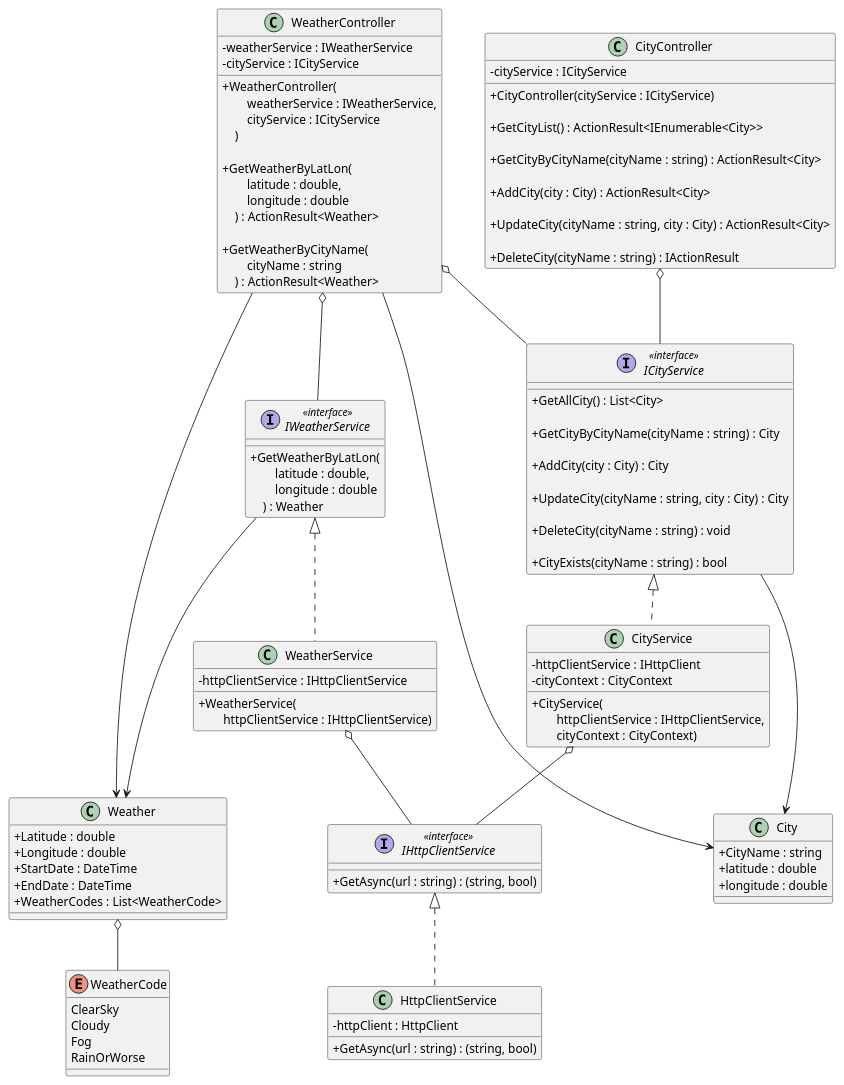
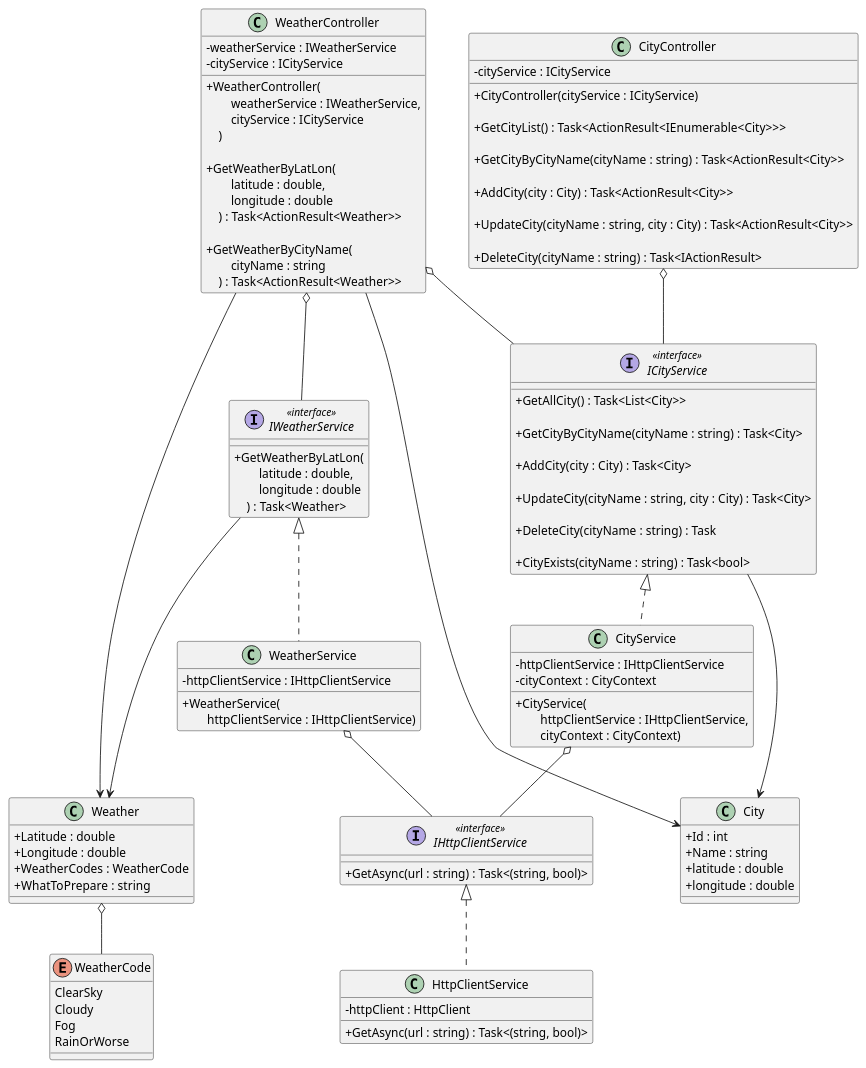
The diagram in diagrams/UML/WeatherAPI.puml (vkammili5/weather-api), drawn with PlantUML before and after one commit. The commit also changed 1 other file, not shown here.

Commit message:
UML: update Weather class for one day weathercode model, add Task as return type for async methods

```diff
--- a/diagrams/UML/WeatherAPI.puml
+++ b/diagrams/UML/WeatherAPI.puml
@@ -1,128 +1,128 @@
 @startuml "WeatherAPI"
 skinparam ClassAttributeIconSize 0
 
 class CityController {
     - cityService : ICityService
 
     + CityController(cityService : ICityService)
 
-    + GetCityList() : ActionResult<IEnumerable<City>>
+    + GetCityList() : Task<ActionResult<IEnumerable<City>>>
 
-    + GetCityByCityName(cityName : string) : ActionResult<City>
+    + GetCityByCityName(cityName : string) : Task<ActionResult<City>>
 
-    + AddCity(city : City) : ActionResult<City>
+    + AddCity(city : City) : Task<ActionResult<City>>
 
-    + UpdateCity(cityName : string, city : City) : ActionResult<City>
+    + UpdateCity(cityName : string, city : City) : Task<ActionResult<City>>
 
-    + DeleteCity(cityName : string) : IActionResult
+    + DeleteCity(cityName : string) : Task<IActionResult>
 }
 
 interface ICityService <<interface>> {
-    + GetAllCity() : List<City>
+    + GetAllCity() : Task<List<City>>
 
-    + GetCityByCityName(cityName : string) : City
+    + GetCityByCityName(cityName : string) : Task<City>
 
-    + AddCity(city : City) : City
+    + AddCity(city : City) : Task<City>
 
-    + UpdateCity(cityName : string, city : City) : City
+    + UpdateCity(cityName : string, city : City) : Task<City>
 
-    + DeleteCity(cityName : string) : void
+    + DeleteCity(cityName : string) : Task
 
-    + CityExists(cityName : string) : bool
+    + CityExists(cityName : string) : Task<bool>
 }
 
 class CityService {
-    - httpClientService : IHttpClient
+    - httpClientService : IHttpClientService
     - cityContext : CityContext
 
     + CityService(\n\
         httpClientService : IHttpClientService,\n\
         cityContext : CityContext)
 }
 
 class City {
-    + CityName : string
+    + Id : int
+    + Name : string
     + latitude : double
     + longitude : double
 }
 
 class WeatherController {
     - weatherService : IWeatherService
     - cityService : ICityService
 
     + WeatherController(\n\
         weatherService : IWeatherService,\n\
         cityService : ICityService\n\
     )
 
     + GetWeatherByLatLon(\n\
         latitude : double, \n\
         longitude : double\n\
-    ) : ActionResult<Weather>
+    ) : Task<ActionResult<Weather>>
 
     + GetWeatherByCityName(\n\
         cityName : string\n\
-    ) : ActionResult<Weather>
+    ) : Task<ActionResult<Weather>>
 }
 
 interface IWeatherService <<interface>> {
     + GetWeatherByLatLon(\n\
         latitude : double, \n\
         longitude : double\n\
-    ) : Weather
+    ) : Task<Weather>
 }
 
 class WeatherService {
     - httpClientService : IHttpClientService
 
     + WeatherService(\n\
         httpClientService : IHttpClientService)
 }
 
 class Weather {
     + Latitude : double
     + Longitude : double
-    + StartDate : DateTime
-    + EndDate : DateTime
-    + WeatherCodes : List<WeatherCode>
+    + WeatherCodes : WeatherCode
+    + WhatToPrepare : string
 }
 
 Enum WeatherCode {
     ClearSky
     Cloudy
     Fog
     RainOrWorse
 }
 
 interface IHttpClientService <<interface>> {
-    + GetAsync(url : string) : (string, bool)
+    + GetAsync(url : string) : Task<(string, bool)>
 }
 
 class HttpClientService {
     - httpClient : HttpClient
 	
-	+ GetAsync(url : string) : (string, bool)
+	+ GetAsync(url : string) : Task<(string, bool)>
 }
 
 CityController o-- ICityService
 
 ICityService <|.. CityService
 ICityService ---> City
 WeatherController ----> City
 
 WeatherController o-- IWeatherService
 WeatherController o-- ICityService
 
 IWeatherService <|.. WeatherService
 
 WeatherController ----> Weather
 IWeatherService ---> Weather
 
 Weather o-- WeatherCode
 
 CityService o-- IHttpClientService
 WeatherService o-- IHttpClientService
 
 IHttpClientService <|.. HttpClientService
 
 @enduml
```
